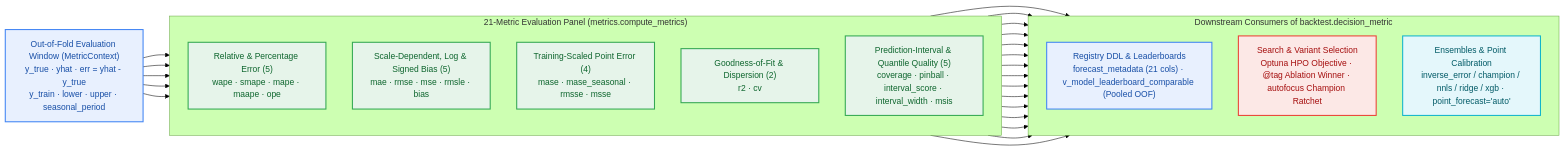
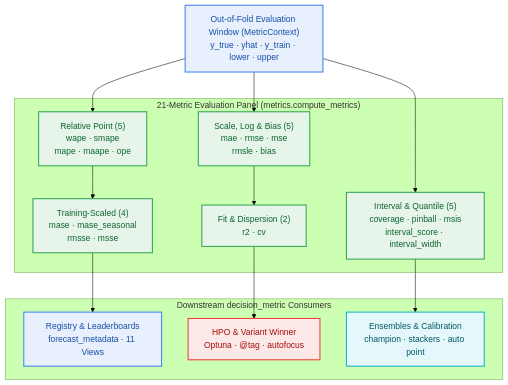
One commit to statmike/scale-forecasting changed the diagram in docs/metrics_reference.md. Above: the diagram before and after it, drawn with Mermaid (forest theme). The commit also changed 14 other files, not shown here.

Commit message:
docs(mermaid): reconfigure wide diagrams to vertical TD layout with concise labels

````diff
--- a/docs/metrics_reference.md
+++ b/docs/metrics_reference.md
@@ -7,32 +7,34 @@
 ```mermaid
-flowchart LR
-    OOF["Out-of-Fold Evaluation Window (MetricContext)<br/>y_true · yhat · err = yhat - y_true<br/>y_train · lower · upper · seasonal_period"]
+flowchart TD
+    OOF["Out-of-Fold Evaluation Window (MetricContext)<br/>y_true · yhat · y_train · lower · upper"]
 
     subgraph Panel["21-Metric Evaluation Panel (metrics.compute_metrics)"]
-        direction TB
-        C1["Relative & Percentage Error (5)<br/>wape · smape · mape · maape · ope"]
-        C2["Scale-Dependent, Log & Signed Bias (5)<br/>mae · rmse · mse · rmsle · bias"]
-        C3["Training-Scaled Point Error (4)<br/>mase · mase_seasonal · rmsse · msse"]
-        C4["Goodness-of-Fit & Dispersion (2)<br/>r2 · cv"]
-        C5["Prediction-Interval & Quantile Quality (5)<br/>coverage · pinball · interval_score · interval_width · msis"]
+        C1["Relative Point (5)<br/>wape · smape<br/>mape · maape · ope"]
+        C3["Training-Scaled (4)<br/>mase · mase_seasonal<br/>rmsse · msse"]
+        C2["Scale, Log & Bias (5)<br/>mae · rmse · mse<br/>rmsle · bias"]
+        C4["Fit & Dispersion (2)<br/>r2 · cv"]
+        C5["Interval & Quantile (5)<br/>coverage · pinball · msis<br/>interval_score · interval_width"]
+        C1 --> C3
+        C2 --> C4
     end
 
-    subgraph Steer["Downstream Consumers of backtest.decision_metric"]
-        direction TB
-        D1["Registry DDL & Leaderboards<br/>forecast_metadata (21 cols) · v_model_leaderboard_comparable (Pooled OOF)"]
-        D2["Search & Variant Selection<br/>Optuna HPO Objective · @tag Ablation Winner · autofocus Champion Ratchet"]
-        D3["Ensembles & Point Calibration<br/>inverse_error / champion / nnls / ridge / xgb · point_forecast='auto'"]
+    subgraph Steer["Downstream decision_metric Consumers"]
+        D1["Registry & Leaderboards<br/>forecast_metadata · 11 Views"]
+        D2["HPO & Variant Winner<br/>Optuna · @tag · autofocus"]
+        D3["Ensembles & Calibration<br/>champion · stackers · auto point"]
     end
 
-    OOF --> C1 & C2 & C3 & C4 & C5
-    C1 & C2 & C3 & C4 & C5 --> D1 & D2 & D3
+    OOF --> C1 & C2 & C5
+    C3 --> D1
+    C4 --> D2
+    C5 --> D3
 
     classDef data fill:#E8F0FE,stroke:#4285F4,stroke-width:2px,color:#174EA6
     classDef route fill:#FCE8E6,stroke:#EA4335,stroke-width:2px,color:#A50E0E
     classDef compute fill:#E6F4EA,stroke:#34A853,stroke-width:2px,color:#0D652D
     classDef decision fill:#E4F7FB,stroke:#12B5CB,stroke-width:2px,color:#005A66
     class OOF,D1 data
     class D2 route
     class C1,C2,C3,C4,C5 compute
     class D3 decision
 ```
````
